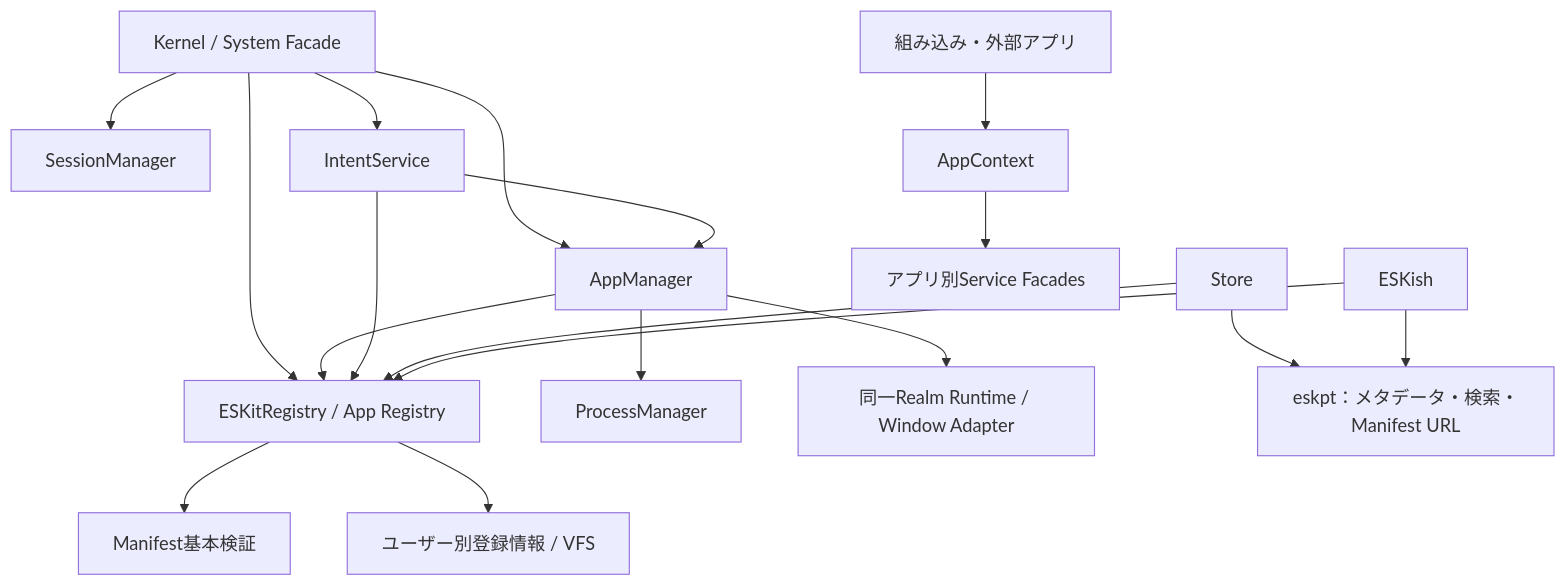
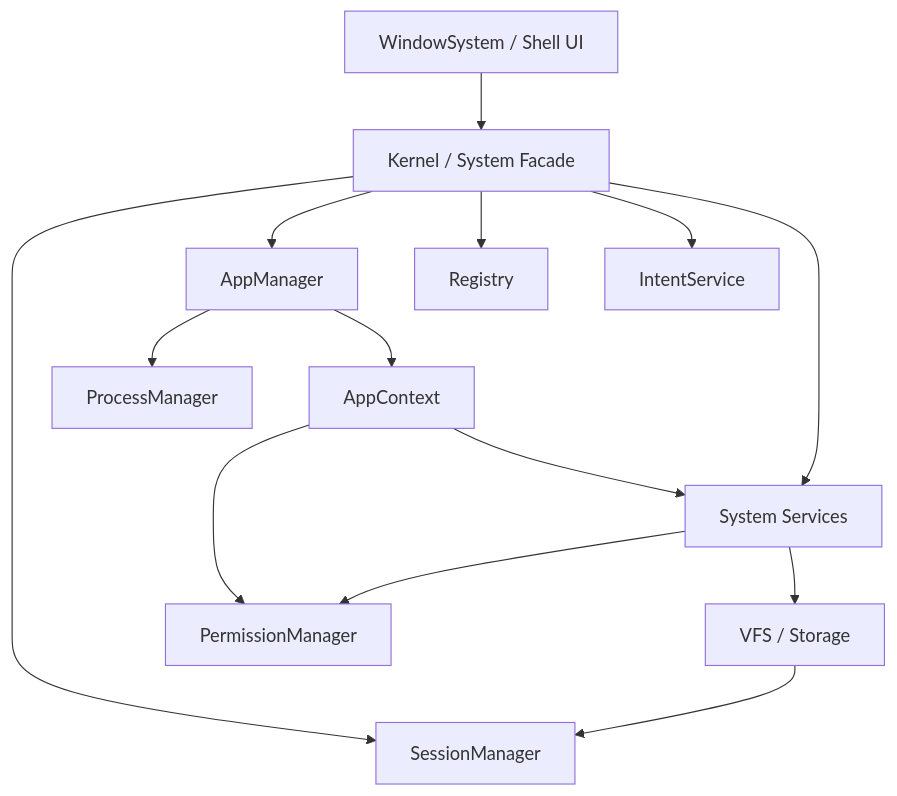
One commit to mtsgi/eskit changed the diagram in PLAN.md. Above: the diagram before and after it, drawn with Mermaid. The commit also changed other lines of this file and 2 other files, not shown here.

````diff
--- a/PLAN.md
+++ b/PLAN.md
@@ -877,20 +123,16 @@
 ```mermaid
 flowchart TD
   Kernel["Kernel / System Facade"] --> Session["SessionManager"]
   Kernel --> Apps["AppManager"]
-  Kernel --> Registry["ESKitRegistry / App Registry"]
+  Kernel --> Registry["Registry"]
   Kernel --> Intents["IntentService"]
-  Apps --> Registry
+  Kernel --> Services["System Services"]
   Apps --> Process["ProcessManager"]
-  Apps --> Runtime["同一Realm Runtime / Window Adapter"]
-  Registry --> Manifest["Manifest基本検証"]
-  Registry --> Records["ユーザー別登録情報 / VFS"]
-  Intents --> Registry
-  Intents --> Apps
-  Store["Store"] --> Registry
-  CLI["ESKish"] --> Registry
-  Store --> Catalog["eskpt：メタデータ・検索・Manifest URL"]
-  CLI --> Catalog
-  App["組み込み・外部アプリ"] --> Context["AppContext"]
-  Context --> Services["アプリ別Service Facades"]
+  Apps --> Context["AppContext"]
+  Context --> Perms["PermissionManager"]
+  Context --> Services
+  Services --> Perms
+  Services --> VFS["VFS / Storage"]
+  VFS --> Session
+  UI["WindowSystem / Shell UI"] --> Kernel
 ```
````
